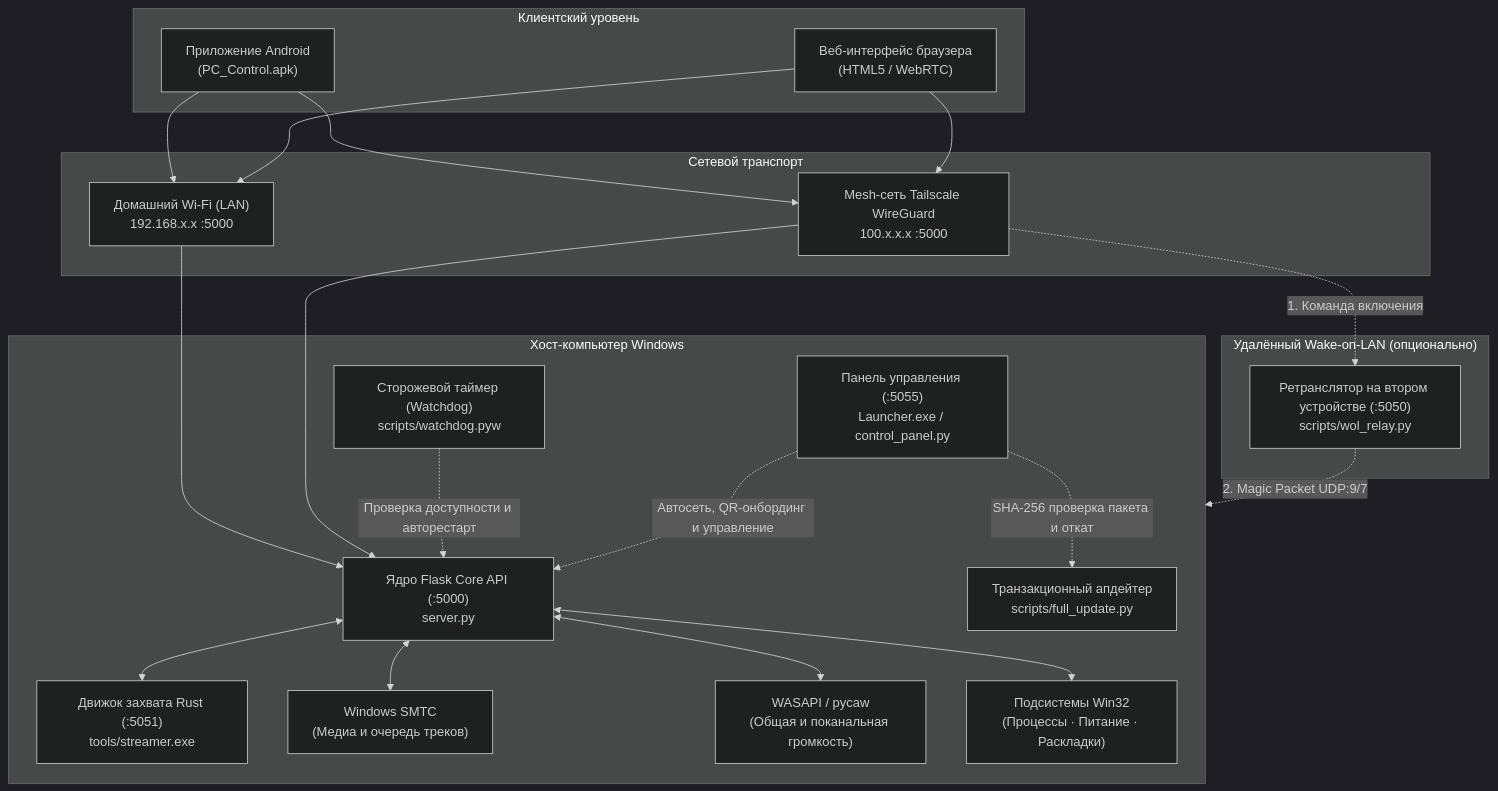
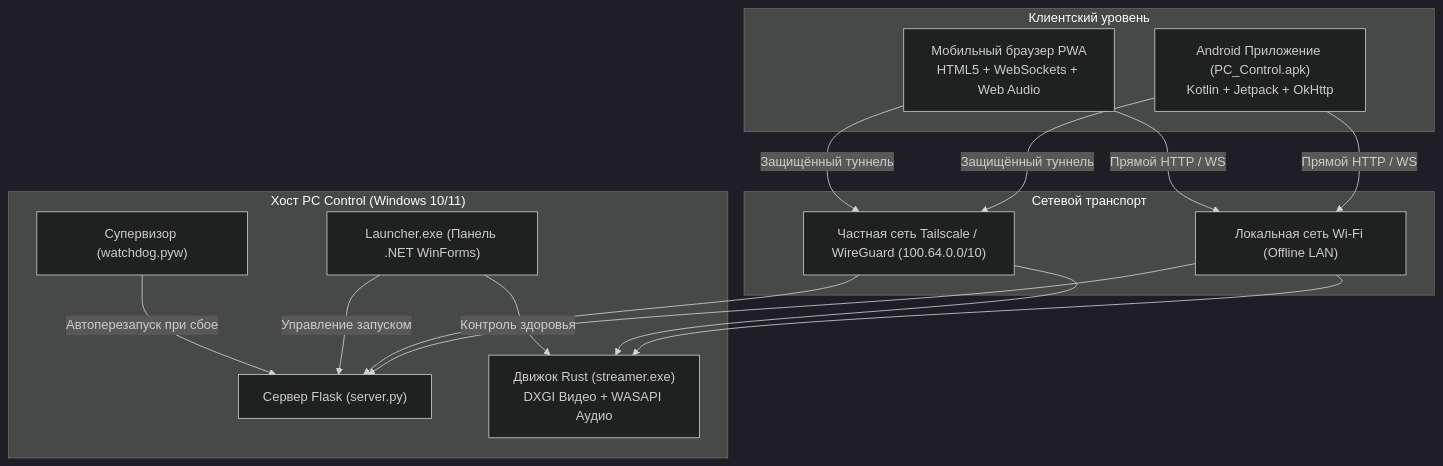
Before and after one commit to lavi-666/pc-control: the diagram in README.ru.md, drawn with Mermaid (dark theme). The commit also changed other lines of this file and 44 other files, not shown here.

````diff
--- a/README.ru.md
+++ b/README.ru.md
@@ -77,48 +114,33 @@
 ```mermaid
 flowchart TD
-    subgraph Clients["Клиентский уровень"]
-        APK["Приложение Android<br/>(PC_Control.apk)"]
-        WEB["Веб-интерфейс браузера<br/>(HTML5 / WebRTC)"]
+    subgraph MobileClients ["Клиентский уровень"]
+        APK["Android Приложение (PC_Control.apk)<br/>Kotlin + Jetpack + OkHttp"]
+        PWA["Мобильный браузер PWA<br/>HTML5 + WebSockets + Web Audio"]
     end
 
-    subgraph Network["Сетевой транспорт"]
-        LAN["Домашний Wi-Fi (LAN)<br/>192.168.x.x :5000"]
-        TS["Mesh-сеть Tailscale WireGuard<br/>100.x.x.x :5000"]
+    subgraph NetworkTransport ["Сетевой транспорт"]
+        LAN["Локальная сеть Wi-Fi (Offline LAN)"]
+        VPN["Частная сеть Tailscale / WireGuard (100.64.0.0/10)"]
     end
 
-    subgraph Host["Хост-компьютер Windows"]
-        API["Ядро Flask Core API (:5000)<br/>server.py"]
-        STREAM["Движок захвата Rust (:5051)<br/>tools/streamer.exe"]
-        WATCHDOG["Сторожевой таймер (Watchdog)<br/>scripts/watchdog.pyw"]
-        LAUNCHER["Панель управления (:5055)<br/>Launcher.exe / control_panel.py"]
-        UPDATER["Транзакционный апдейтер<br/>scripts/full_update.py"]
-        
-        SMTC["Windows SMTC<br/>(Медиа и очередь треков)"]
-        WASAPI["WASAPI / pycaw<br/>(Общая и поканальная громкость)"]
-        WIN32["Подсистемы Win32<br/>(Процессы · Питание · Раскладки)"]
+    subgraph HostServer ["Хост PC Control (Windows 10/11)"]
+        Launcher["Launcher.exe (Панель .NET WinForms)"]
+        Supervisor["Супервизор (watchdog.pyw)"]
+        FlaskServer["Сервер Flask (server.py)"]
+        RustStreamer["Движок Rust (streamer.exe)<br/>DXGI Видео + WASAPI Аудио"]
     end
 
-    subgraph RemoteWOL["Удалённый Wake-on-LAN (опционально)"]
-        RELAY["Ретранслятор на втором устройстве (:5050)<br/>scripts/wol_relay.py"]
-    end
+    APK -->|Прямой HTTP / WS| LAN
+    APK -->|Защищённый туннель| VPN
+    PWA -->|Прямой HTTP / WS| LAN
+    PWA -->|Защищённый туннель| VPN
 
-    APK --> LAN
-    APK --> TS
-    WEB --> LAN
-    WEB --> TS
+    LAN --> FlaskServer
+    LAN --> RustStreamer
+    VPN --> FlaskServer
+    VPN --> RustStreamer
 
-    LAN --> API
-    TS --> API
-
-    API <--> STREAM
-    API <--> SMTC
-    API <--> WASAPI
-    API <--> WIN32
-
-    WATCHDOG -.->|Проверка доступности и авторестарт| API
-    LAUNCHER -.->|Автосеть, QR-онбординг и управление| API
-    LAUNCHER -.->|SHA-256 проверка пакета и откат| UPDATER
-
-    TS -.->|1. Команда включения| RELAY
-    RELAY -.->|2. Magic Packet UDP:9/7| Host
+    Launcher -->|Управление запуском| FlaskServer
+    Launcher -->|Контроль здоровья| RustStreamer
+    Supervisor -->|Автоперезапуск при сбое| FlaskServer
 ```
````
